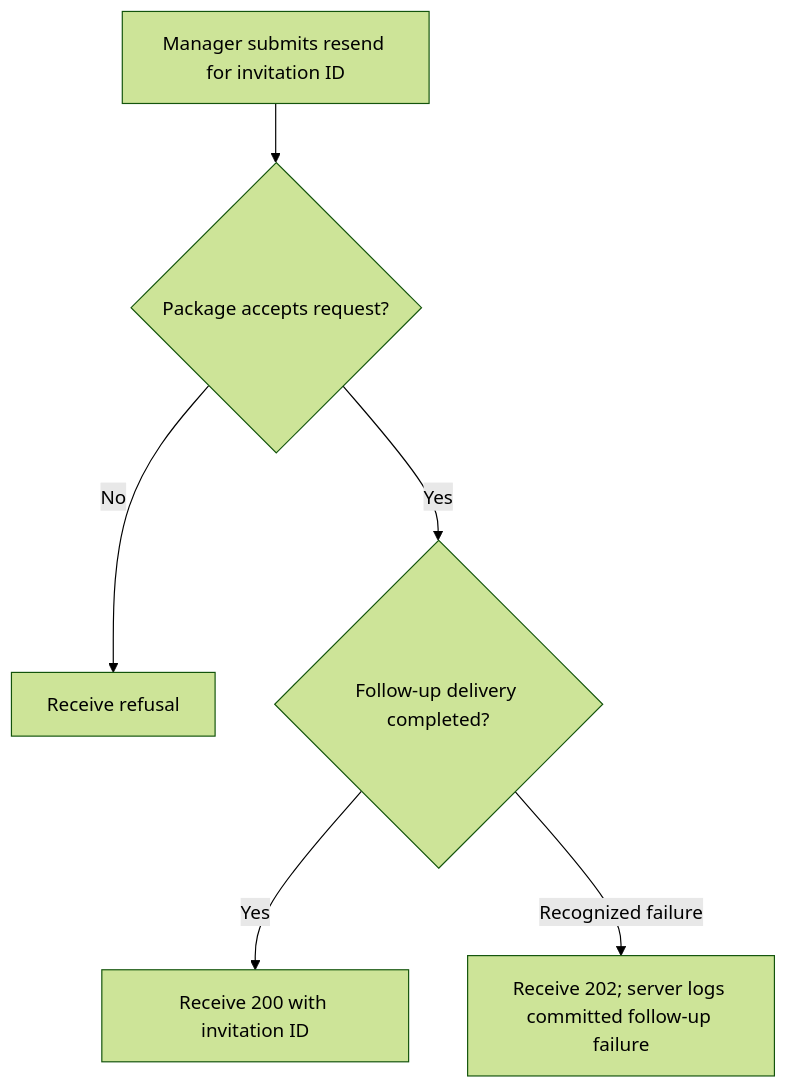
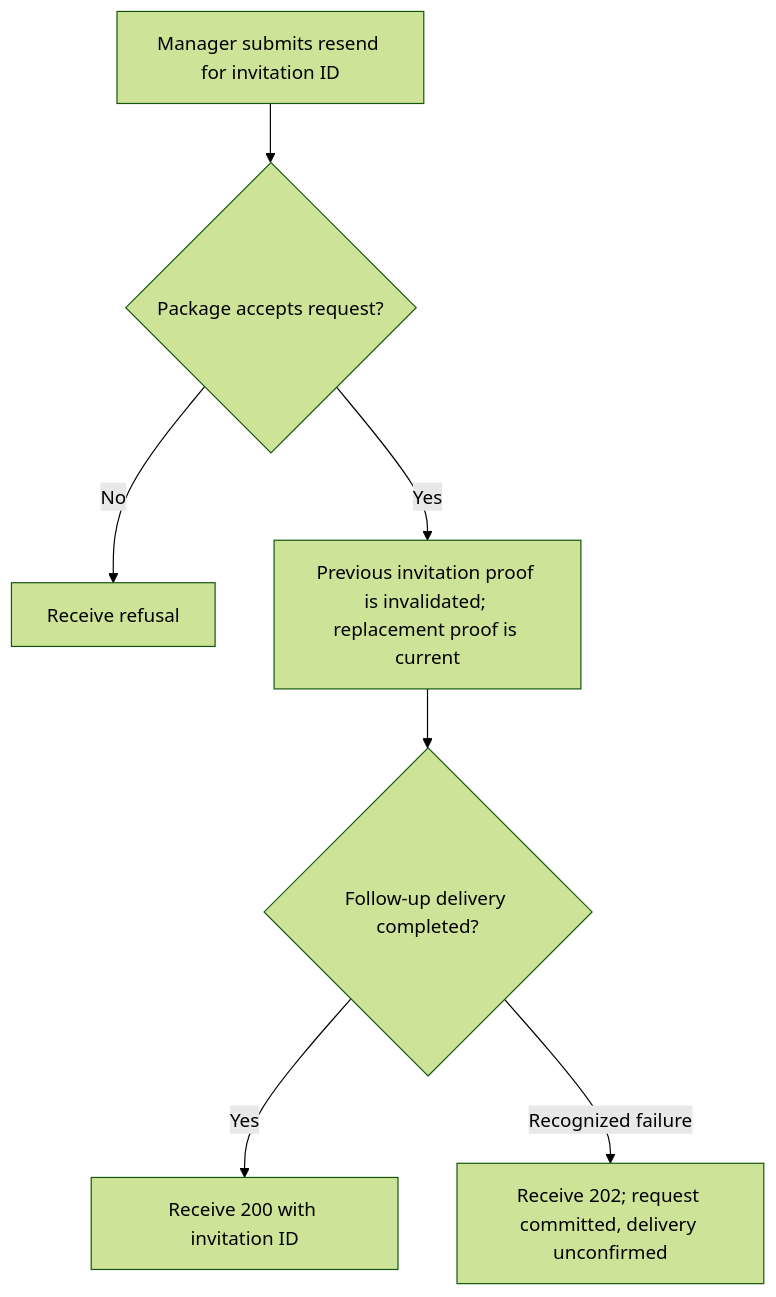
Before and after one commit to Kevinjohn/oss-adonisjs-starter-examples: the first of 2 diagrams in user-stories/api/us-api-12-resend-invitation.md, drawn with Mermaid (forest theme). The commit also changed other lines of this file and 12 other files, not shown here.

````diff
--- a/user-stories/api/us-api-12-resend-invitation.md
+++ b/user-stories/api/us-api-12-resend-invitation.md
@@ -22,8 +23,9 @@
 ```mermaid
 flowchart TD
     A["Manager submits resend for invitation ID"] --> B{"Package accepts request?"}
-    B -->|No| C["Receive refusal"]
-    B -->|Yes| D{"Follow-up delivery completed?"}
+    B -->|No| C1["Receive refusal"]
+    B -->|Yes| C2["Previous invitation proof is invalidated; replacement proof is current"]
+    C2 --> D{"Follow-up delivery completed?"}
     D -->|Yes| E["Receive 200 with invitation ID"]
-    D -->|Recognized failure| F["Receive 202; server logs committed follow-up failure"]
+    D -->|Recognized failure| F["Receive 202; request committed, delivery unconfirmed"]
 ```
````
